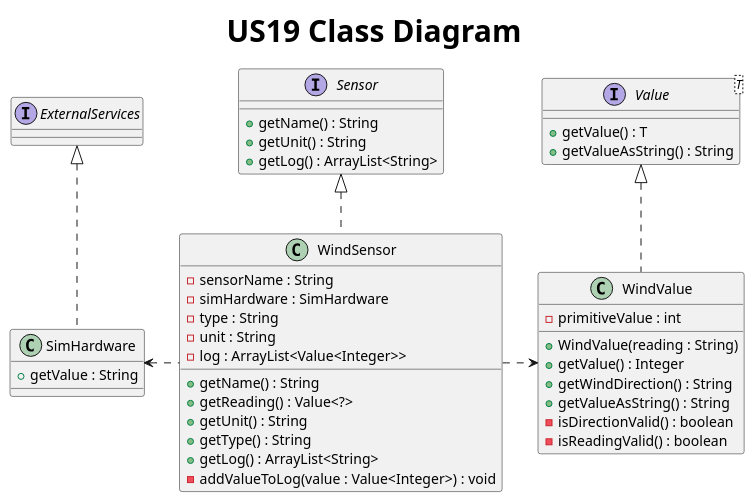
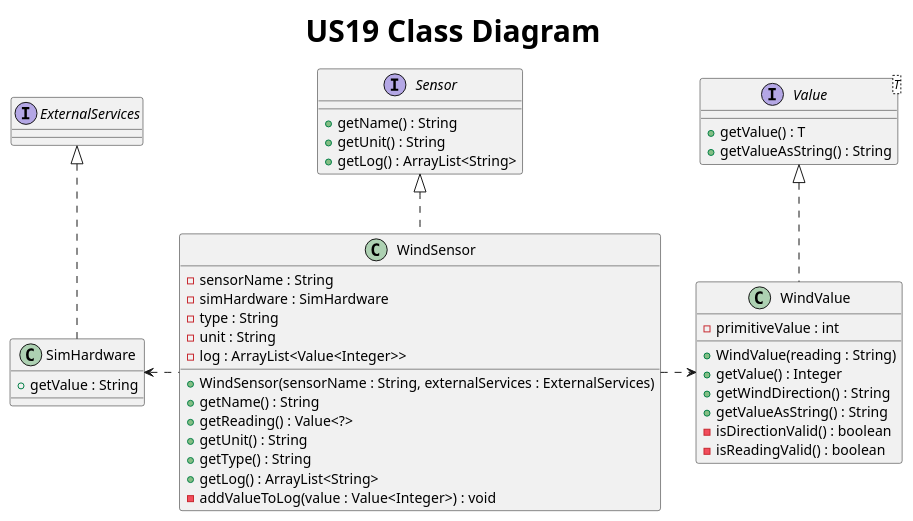
One commit to AfonsoNeves77/smartHouse changed the diagram in Docs/US19/S3US19ClassDiagram.puml. Above: the diagram before and after it, drawn with PlantUML. The commit also changed 4 other files, not shown here.

Commit message:
Team review: added sensor constructor methods to sensor class diagrams US17-21

```diff
--- a/Docs/US19/S3US19ClassDiagram.puml
+++ b/Docs/US19/S3US19ClassDiagram.puml
@@ -1,55 +1,56 @@
 @startuml
 title <size: 30> US19 Class Diagram
 
 interface Sensor {
     + getName() : String
     + getUnit() : String
     + getLog() : ArrayList<String>
 }
 
 interface Value<T> {
     + getValue() : T
     + getValueAsString() : String
 }
 
 interface ExternalServices {
 
 }
 
 class WindSensor{
     - sensorName : String
     - simHardware : SimHardware
     - type : String
     - unit : String
     - log : ArrayList<Value<Integer>>
 
+    + WindSensor(sensorName : String, externalServices : ExternalServices)
     + getName() : String
     + getReading() : Value<?>
     + getUnit() : String
     + getType() : String
     + getLog() : ArrayList<String>
     - addValueToLog(value : Value<Integer>) : void
 }
 
 class WindValue{
     - primitiveValue : int
 
     + WindValue(reading : String)
     + getValue() : Integer
     + getWindDirection() : String
     + getValueAsString() : String
     - isDirectionValid() : boolean
     - isReadingValid() : boolean
 }
 
 class SimHardware{
     + getValue : String
 }
 
 Value <|.. WindValue
 Sensor <|.. WindSensor
 ExternalServices <|.. SimHardware
 WindSensor .right.> WindValue
 WindSensor .left.> SimHardware
 
 @enduml
```
